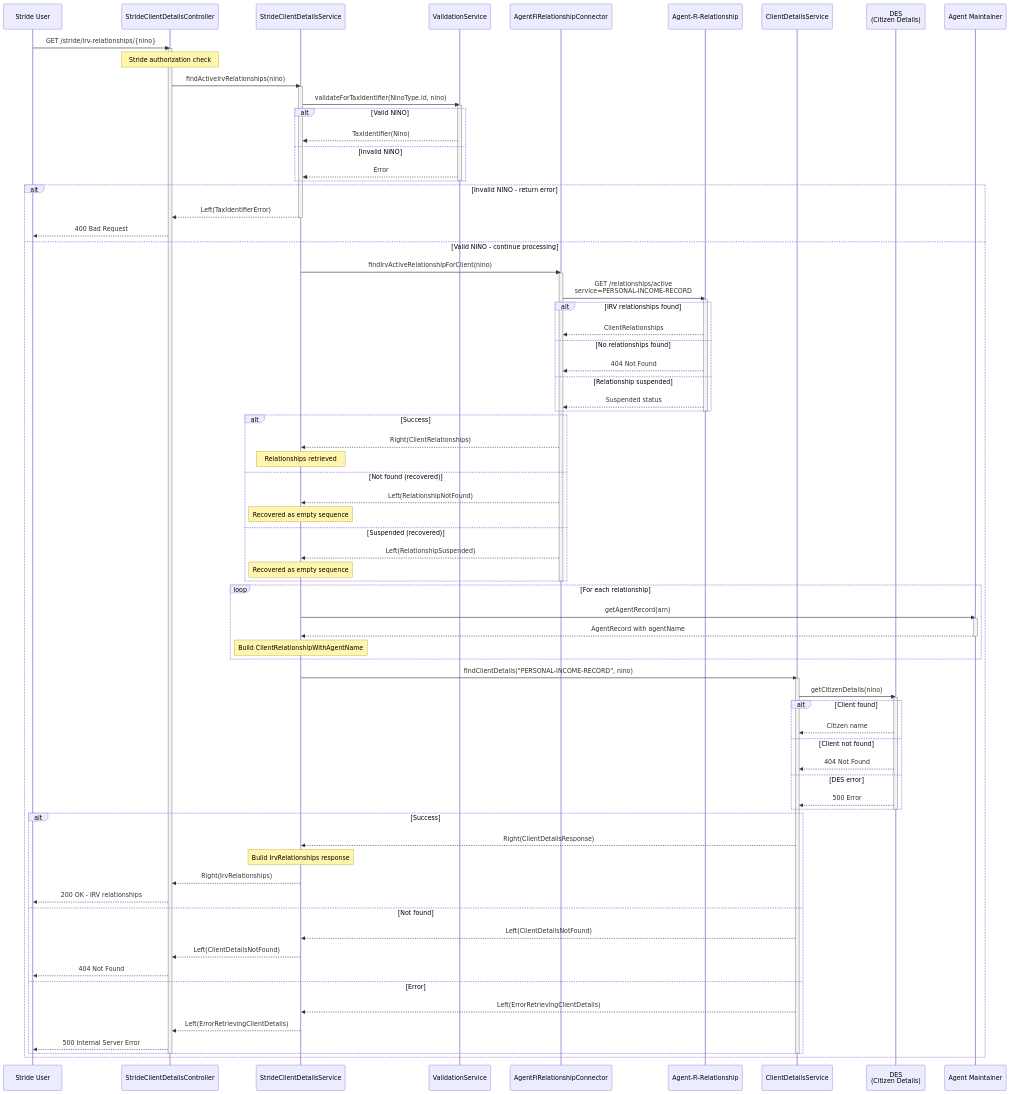
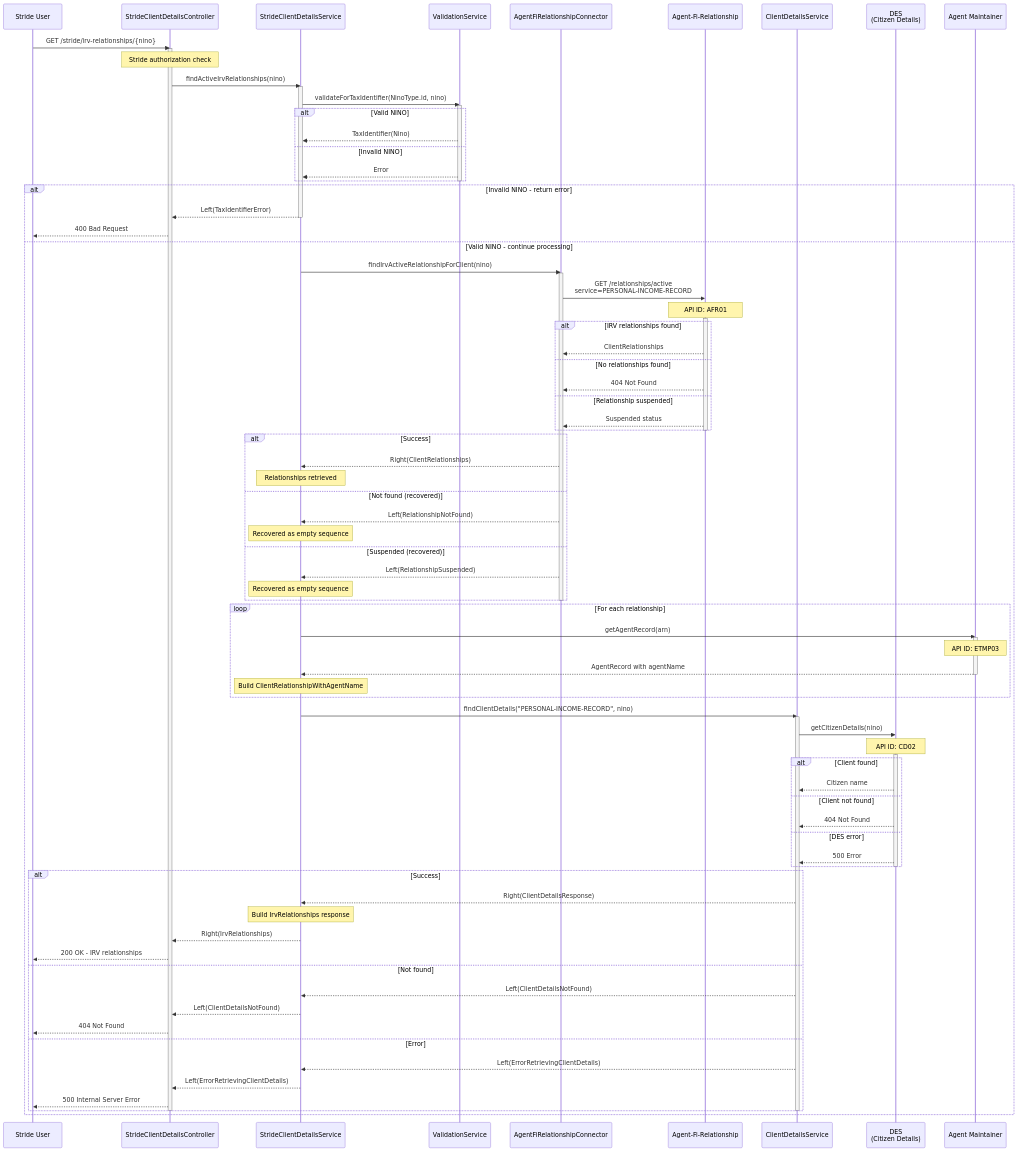
The diagram in service-dependency-map/agent-client-relationships/ACR29/ACR29.mmd (hmrc/agent-client-relationships), drawn with Mermaid before and after one commit. The commit also changed 88 other files, not shown here.

```diff
--- a/service-dependency-map/agent-client-relationships/ACR29/ACR29.mmd
+++ b/service-dependency-map/agent-client-relationships/ACR29/ACR29.mmd
@@ -1,110 +1,113 @@
 %% Last Updated: 2025-11-20
 %% Git Commit SHA: b2138b4e3958677748c1820c3d715d4fbb9d3b2c
 %% Analysis Version: 1.0
 
 sequenceDiagram
     participant Stride as Stride User
     participant SCDC as StrideClientDetailsController
     participant SCDS as StrideClientDetailsService
     participant VS as ValidationService
     participant AFIRC as AgentFiRelationshipConnector
     participant AF as Agent-Fi-Relationship
     participant CDS as ClientDetailsService
     participant DES as DES<br/>(Citizen Details)
     participant AM as Agent Maintainer
 
     Stride->>SCDC: GET /stride/irv-relationships/{nino}
     activate SCDC
 
     Note over SCDC: Stride authorization check
 
     SCDC->>SCDS: findActiveIrvRelationships(nino)
     activate SCDS
 
     SCDS->>VS: validateForTaxIdentifier(NinoType.id, nino)
     activate VS
 
     alt Valid NINO
         VS-->>SCDS: TaxIdentifier(Nino)
     else Invalid NINO
         VS-->>SCDS: Error
     end
 
     deactivate VS
 
     alt Invalid NINO - return error
         SCDS-->>SCDC: Left(TaxIdentifierError)
         deactivate SCDS
         SCDC-->>Stride: 400 Bad Request
     else Valid NINO - continue processing
 
         SCDS->>AFIRC: findIrvActiveRelationshipForClient(nino)
         activate AFIRC
 
         AFIRC->>AF: GET /relationships/active<br/>service=PERSONAL-INCOME-RECORD
+        Note over AF: API ID: AFR01
         activate AF
 
         alt IRV relationships found
             AF-->>AFIRC: ClientRelationships
         else No relationships found
             AF-->>AFIRC: 404 Not Found
         else Relationship suspended
             AF-->>AFIRC: Suspended status
         end
 
         deactivate AF
 
         alt Success
             AFIRC-->>SCDS: Right(ClientRelationships)
             Note over SCDS: Relationships retrieved
         else Not found (recovered)
             AFIRC-->>SCDS: Left(RelationshipNotFound)
             Note over SCDS: Recovered as empty sequence
         else Suspended (recovered)
             AFIRC-->>SCDS: Left(RelationshipSuspended)
             Note over SCDS: Recovered as empty sequence
         end
 
         deactivate AFIRC
 
         loop For each relationship
             SCDS->>AM: getAgentRecord(arn)
             activate AM
+            Note over AM: API ID: ETMP03
             AM-->>SCDS: AgentRecord with agentName
             deactivate AM
             Note over SCDS: Build ClientRelationshipWithAgentName
         end
 
         SCDS->>CDS: findClientDetails("PERSONAL-INCOME-RECORD", nino)
         activate CDS
 
         CDS->>DES: getCitizenDetails(nino)
+        Note over DES: API ID: CD02
         activate DES
 
         alt Client found
             DES-->>CDS: Citizen name
         else Client not found
             DES-->>CDS: 404 Not Found
         else DES error
             DES-->>CDS: 500 Error
         end
 
         deactivate DES
 
         alt Success
             CDS-->>SCDS: Right(ClientDetailsResponse)
             Note over SCDS: Build IrvRelationships response
             SCDS-->>SCDC: Right(IrvRelationships)
             SCDC-->>Stride: 200 OK - IRV relationships
         else Not found
             CDS-->>SCDS: Left(ClientDetailsNotFound)
             SCDS-->>SCDC: Left(ClientDetailsNotFound)
             SCDC-->>Stride: 404 Not Found
         else Error
             CDS-->>SCDS: Left(ErrorRetrievingClientDetails)
             SCDS-->>SCDC: Left(ErrorRetrievingClientDetails)
             SCDC-->>Stride: 500 Internal Server Error
         end
         deactivate SCDC
         deactivate CDS
     end
```
